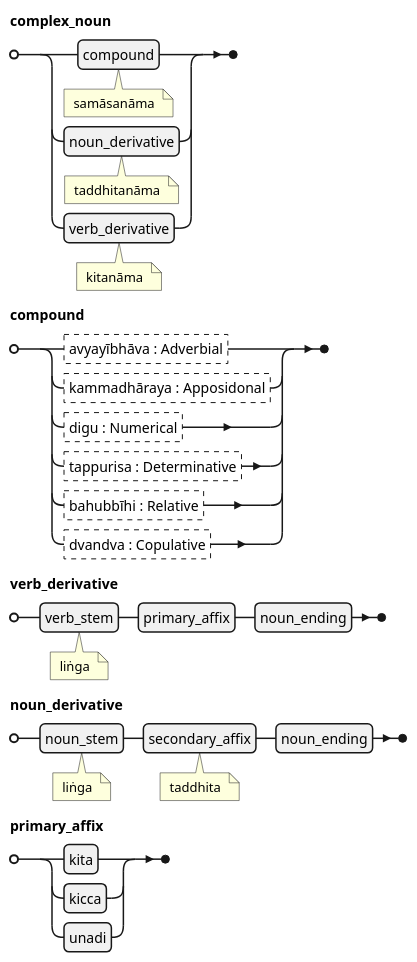
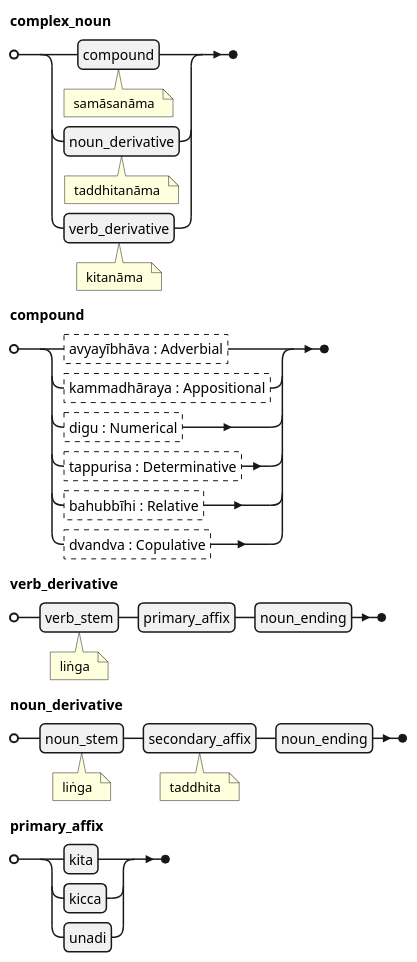
Diagram 11 of 12 in src/content/docs/Pali Textbook/c-grammar.md (ChristineTham/buddhavacana), drawn with PlantUML before and after one commit. The commit also changed other lines of this file and 22 other files, not shown here.

````diff
--- a/src/content/docs/Pali Textbook/c-grammar.md
+++ b/src/content/docs/Pali Textbook/c-grammar.md
@@ -240,18 +240,18 @@
 ```plantuml
 @startebnf
 complex_noun =
   compound (* samāsanāma *) |
   noun_derivative (* taddhitanāma *) |
   verb_derivative (* kitanāma *) ;
 compound =
   ?avyayībhāva : Adverbial? |
-  ?kammadhāraya : Apposidonal? |
+  ?kammadhāraya : Appositional? |
   ?digu : Numerical? |
   ?tappurisa : Determinative? |
   ?bahubbīhi : Relative? |
   ?dvandva : Copulative? ;
 verb_derivative = verb_stem (* liṅga *), primary_affix, noun_ending ;
 noun_derivative = noun_stem (* liṅga *), secondary_affix (* taddhita *), noun_ending ;
 primary_affix = kita | kicca | unadi;
 @endebnf
 ```
````
